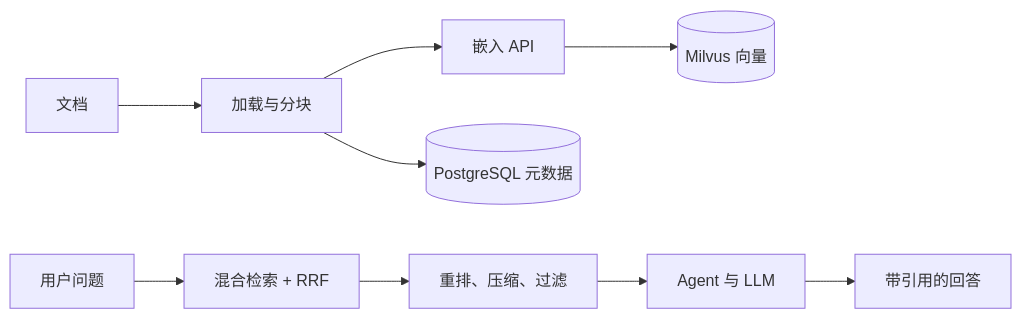
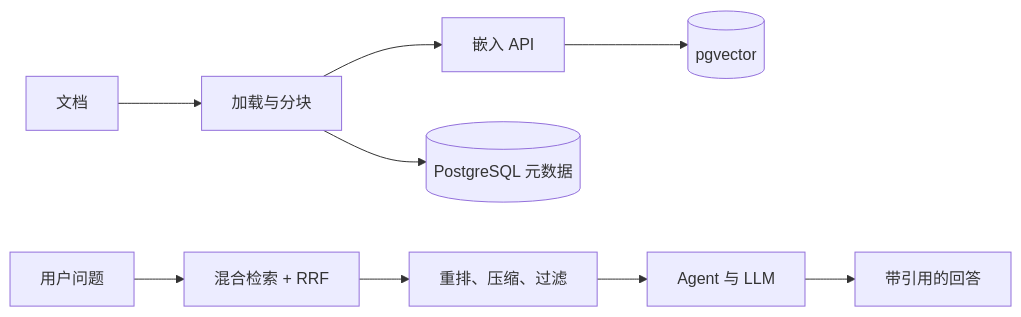
The diagram in README_zh.md (lg114/RagMate), drawn with Mermaid before and after one commit. The commit also changed other lines of this file and 36 other files, not shown here.

First line of the commit message:
Replace Milvus with pgvector on the existing Postgres. (#27)

````diff
--- a/README_zh.md
+++ b/README_zh.md
@@ -194,11 +195,11 @@
 ```mermaid
 flowchart LR
     D[文档] --> P[加载与分块]
     P --> E[嵌入 API]
-    E --> V[(Milvus 向量)]
+    E --> V[(pgvector)]
     P --> M[(PostgreSQL 元数据)]
     Q[用户问题] --> R[混合检索 + RRF]
     R --> RR[重排、压缩、过滤]
     RR --> A[Agent 与 LLM]
     A --> O[带引用的回答]
 ```
````
